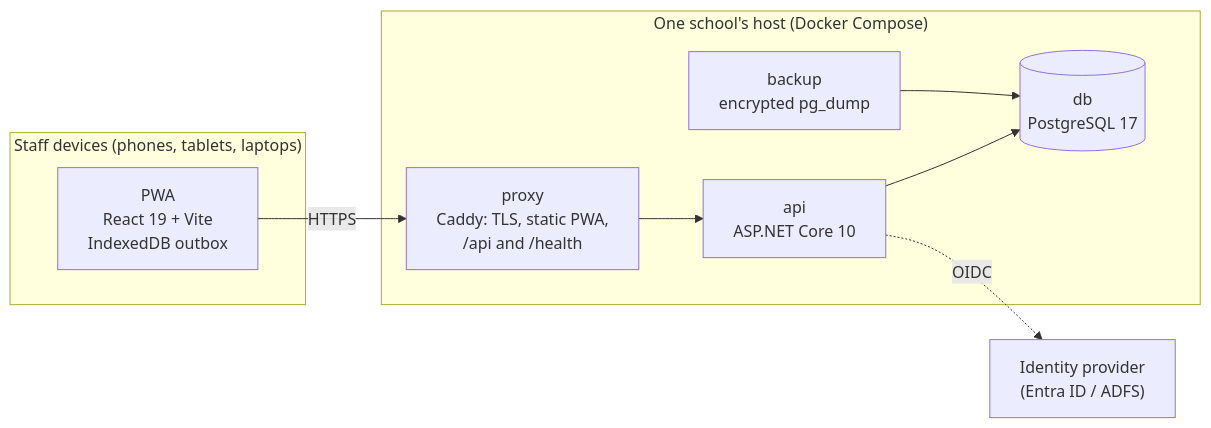
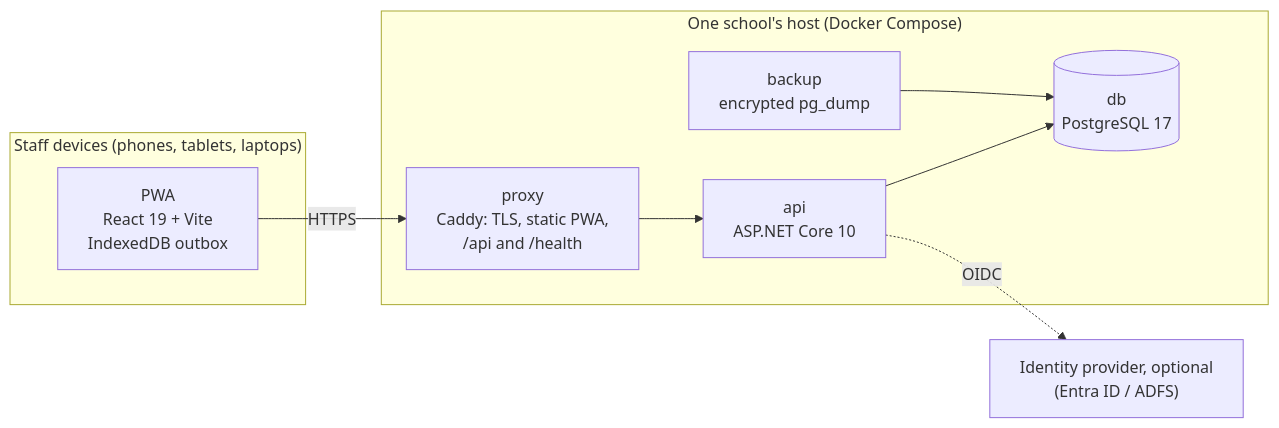
One commit to jcuzzz/carnival-app changed the first of 2 diagrams in docs/architecture/overview.md. Above: the diagram before and after it, drawn with Mermaid. The commit also changed other lines of this file and 19 other files, not shown here.

Commit message:
Docs and governance for local accounts (ADR-0065): sign-in architecture, admin and runbook pages, access control and MFA, ST4S evidence, data inventory, incident response, retention, backup; staff guide for signing in

````diff
--- a/docs/architecture/overview.md
+++ b/docs/architecture/overview.md
@@ -7,18 +7,18 @@
 ```mermaid
 flowchart LR
   subgraph Devices["Staff devices (phones, tablets, laptops)"]
     PWA["PWA<br/>React 19 + Vite<br/>IndexedDB outbox"]
   end
   subgraph Host["One school's host (Docker Compose)"]
     Proxy["proxy<br/>Caddy: TLS, static PWA,<br/>/api and /health"]
     API["api<br/>ASP.NET Core 10"]
     DB[("db<br/>PostgreSQL 17")]
     Backup["backup<br/>encrypted pg_dump"]
   end
-  IdP["Identity provider<br/>(Entra ID / ADFS)"]
+  IdP["Identity provider, optional<br/>(Entra ID / ADFS)"]
   PWA -- HTTPS --> Proxy
   Proxy --> API
   API --> DB
   Backup --> DB
   API -. OIDC .-> IdP
 ```
````
